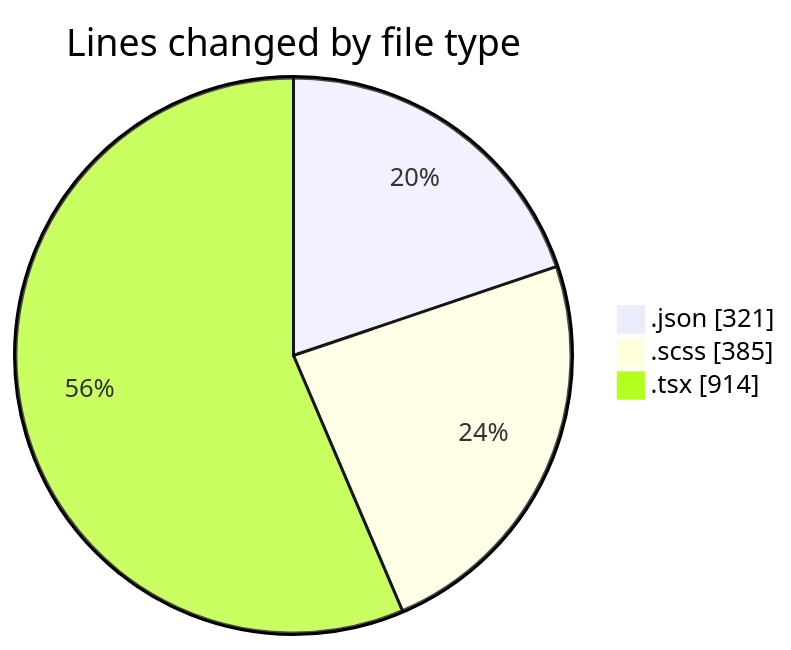
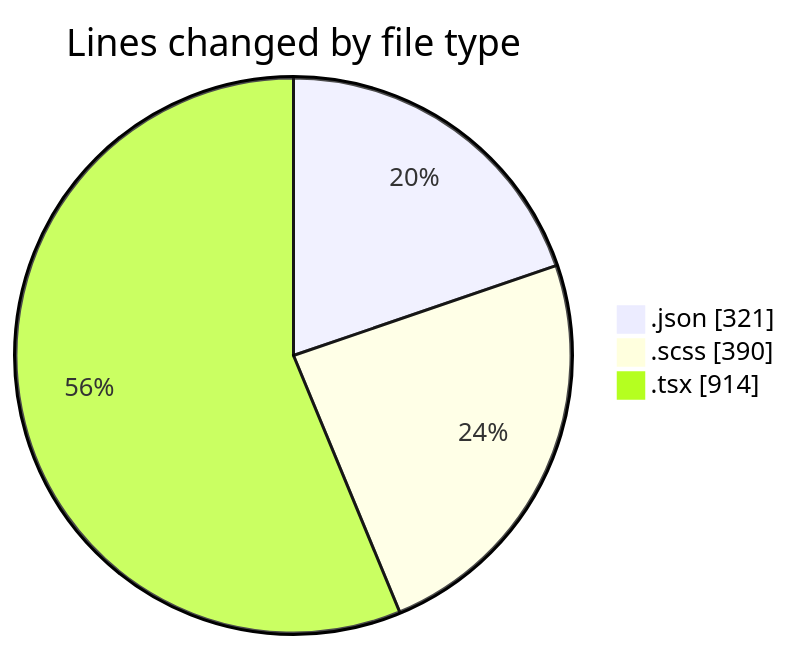
Before and after one commit to momahboobian/code-tracking: the first of 2 diagrams in 2026-04-20/cda/README.md, drawn with Mermaid. The commit also changed other lines of this file and 1 other file, not shown here.

````diff
--- a/2026-04-20/cda/README.md
+++ b/2026-04-20/cda/README.md
@@ -27,7 +27,7 @@
 ```mermaid
 pie showData
 title Lines changed by file type
 ".json" : 321
-".scss" : 385
+".scss" : 390
 ".tsx" : 914
 ```
````
